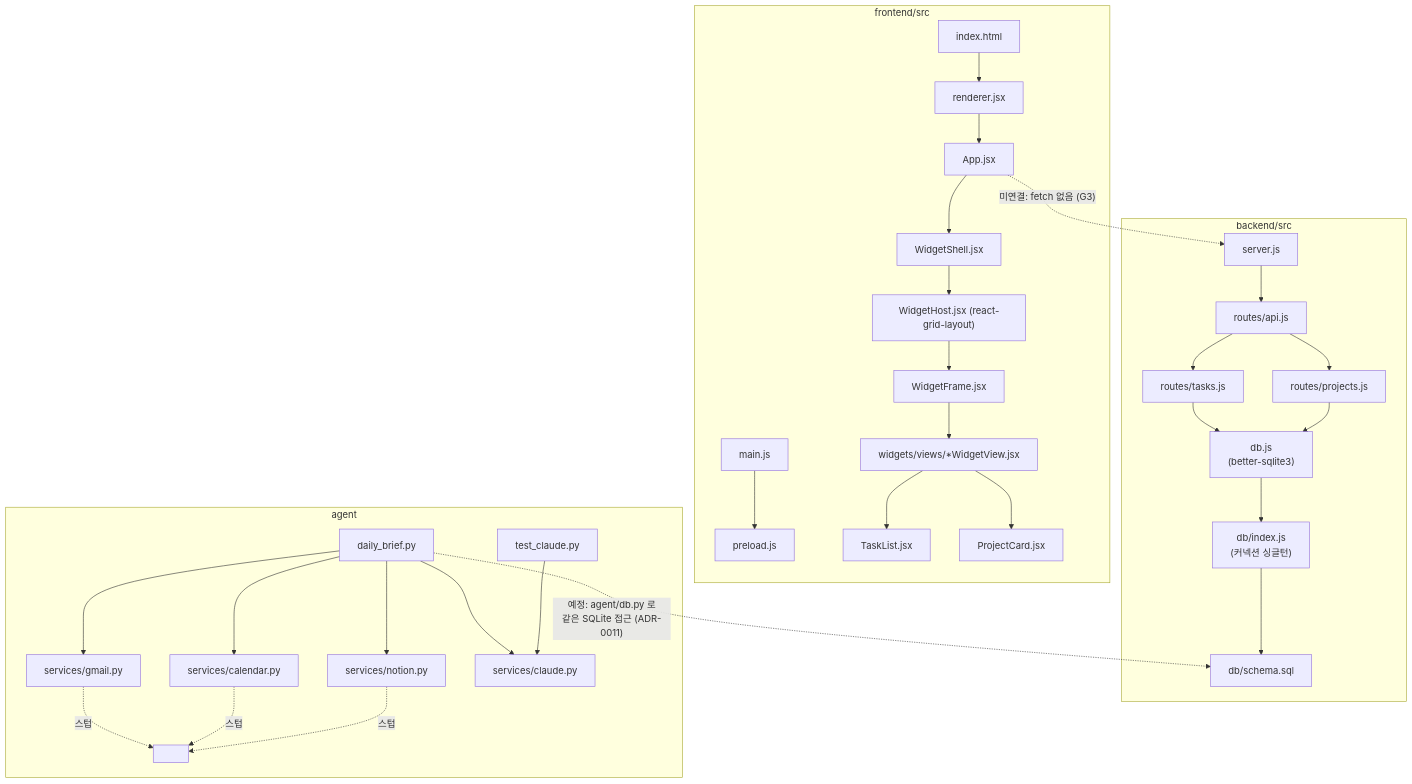
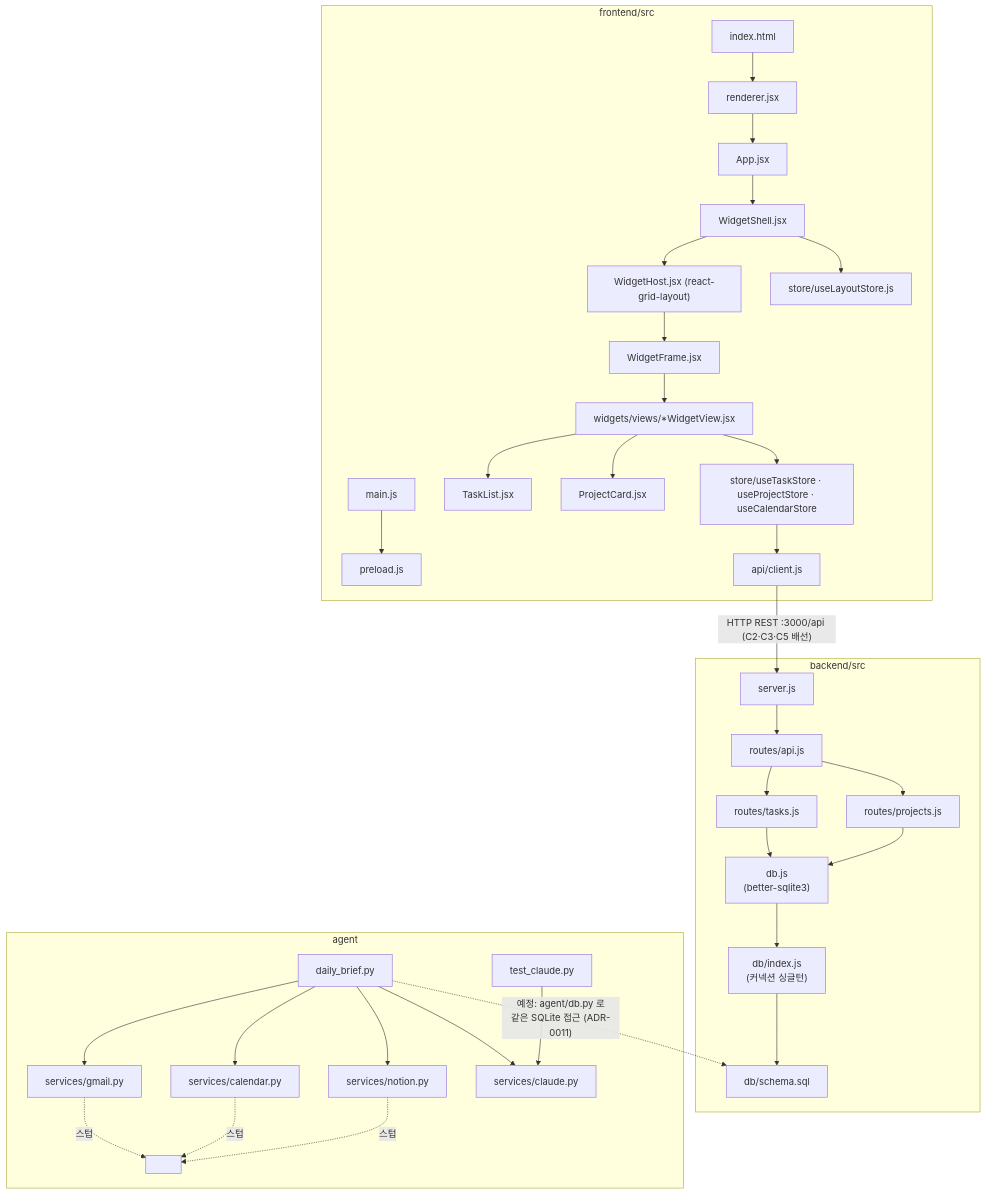
The diagram in docs/product/vision/AS_IS.md (gamercross/my-setup-proj), drawn with Mermaid before and after one commit. The commit also changed other lines of this file and 9 other files, not shown here.

First line of the commit message:
docs: 세션 문서 감사 — 다이어그램 정합 + C3~C5·3강의 드리프트 정정

````diff
--- a/docs/product/vision/AS_IS.md
+++ b/docs/product/vision/AS_IS.md
@@ -95,38 +95,41 @@
 ```mermaid
 flowchart TB
   subgraph FE["frontend/src"]
     MAIN["main.js"] --> PRE["preload.js"]
     IDX["index.html"] --> RJX["renderer.jsx"]
     RJX --> APP["App.jsx"]
     APP --> SHELL["WidgetShell.jsx"]
     SHELL --> HOST["WidgetHost.jsx (react-grid-layout)"]
     HOST --> FRAME["WidgetFrame.jsx"]
     FRAME --> VIEWS["widgets/views/*WidgetView.jsx"]
     VIEWS --> TL["TaskList.jsx"]
     VIEWS --> PC["ProjectCard.jsx"]
+    SHELL --> LST["store/useLayoutStore.js"]
+    VIEWS --> DST["store/useTaskStore · useProjectStore · useCalendarStore"]
+    DST --> CLI["api/client.js"]
   end
 
   subgraph BE["backend/src"]
     SRV["server.js"] --> AR["routes/api.js"]
     AR --> TR["routes/tasks.js"]
     AR --> PR["routes/projects.js"]
     TR --> DBJS["db.js<br/>(better-sqlite3)"]
     PR --> DBJS
     DBJS --> DBIDX["db/index.js<br/>(커넥션 싱글턴)"]
     DBIDX --> SCHEMA["db/schema.sql"]
   end
 
   subgraph AGT["agent"]
     DBF["daily_brief.py"] --> SGM["services/gmail.py"]
     DBF --> SCA["services/calendar.py"]
     DBF --> SNO["services/notion.py"]
     DBF --> SCL["services/claude.py"]
     TCL["test_claude.py"] --> SCL
     SGM -. "스텁" .-> X1[" "]
     SCA -. "스텁" .-> X1
     SNO -. "스텁" .-> X1
   end
 
-  APP -. "미연결: fetch 없음 (G3)" .-> SRV
+  CLI -->|"HTTP REST :3000/api (C2·C3·C5 배선)"| SRV
   DBF -. "예정: agent/db.py 로<br/>같은 SQLite 접근 (ADR-0011)" .-> SCHEMA
 ```
````
